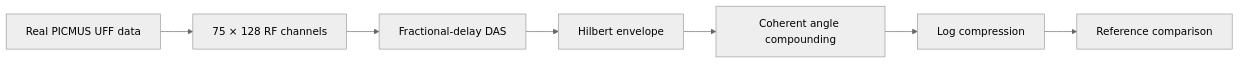
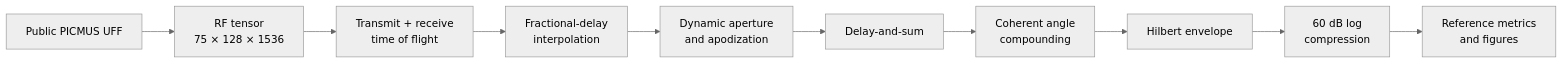
One commit to bekiroruk/ultrasound-bmode-lab changed the diagram in README.md. Above: the diagram before and after it, drawn with Mermaid (neutral theme). The commit also changed other lines of this file, not shown here.

````diff
--- a/README.md
+++ b/README.md
@@ -22,9 +69,12 @@
 ```mermaid
 flowchart LR
-    A[Real PICMUS UFF data] --> B[75 × 128 RF channels]
-    B --> C[Fractional-delay DAS]
-    C --> D[Hilbert envelope]
-    D --> E[Coherent angle compounding]
-    E --> F[Log compression]
-    F --> G[Reference comparison]
+    A[Public PICMUS UFF] --> B[RF tensor<br/>75 × 128 × 1536]
+    B --> C[Transmit + receive<br/>time of flight]
+    C --> D[Fractional-delay<br/>interpolation]
+    D --> E[Dynamic aperture<br/>and apodization]
+    E --> F[Delay-and-sum]
+    F --> G[Coherent angle<br/>compounding]
+    G --> H[Hilbert envelope]
+    H --> I[60 dB log<br/>compression]
+    I --> J[Reference metrics<br/>and figures]
 ```
````
